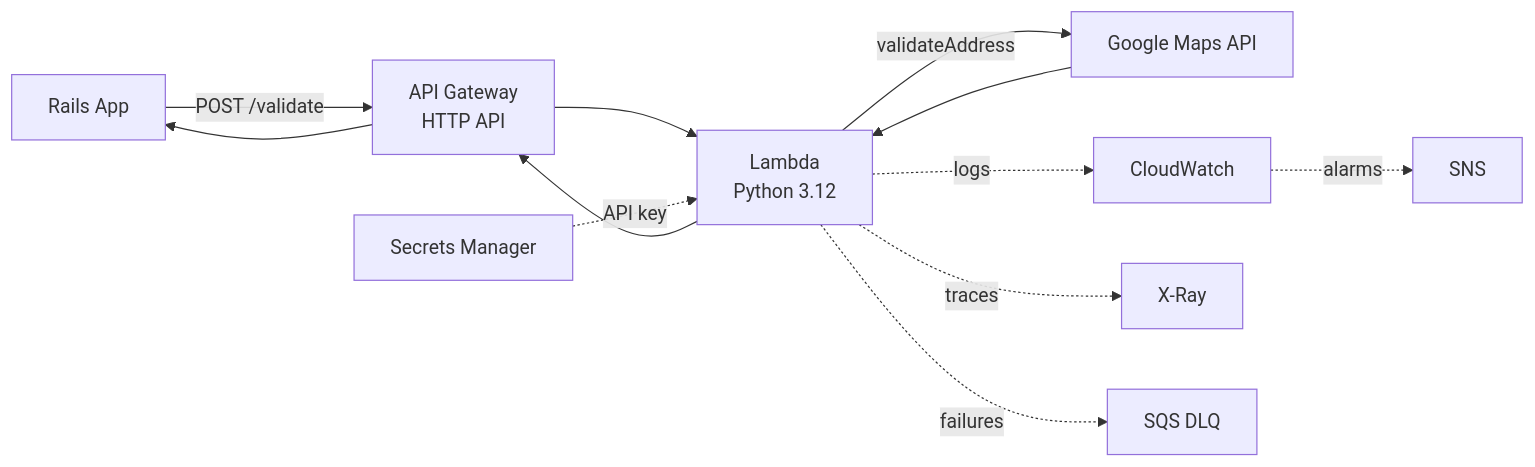
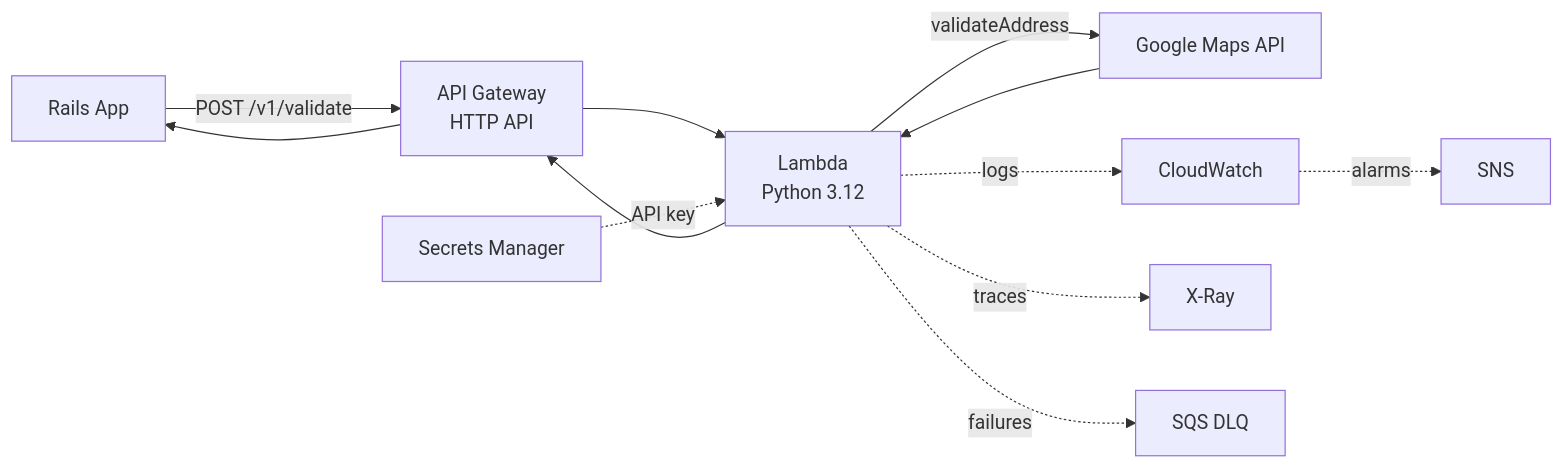
One commit to mcrundo/address-validator changed the diagram in README.md. Above: the diagram before and after it, drawn with Mermaid. The commit also changed other lines of this file and 10 other files, not shown here.

Commit message:
Expand response schema with validation metadata and add /v1/ API versioning

````diff
--- a/README.md
+++ b/README.md
@@ -7,15 +7,15 @@
 ```mermaid
 flowchart LR
-    A[Rails App] -->|POST /validate| B[API Gateway<br/>HTTP API]
+    A[Rails App] -->|POST /v1/validate| B[API Gateway<br/>HTTP API]
     B --> C[Lambda<br/>Python 3.12]
     C -->|validateAddress| D[Google Maps API]
     D --> C
     C --> B
     B --> A
 
     E[Secrets Manager] -.->|API key| C
     C -.->|logs| F[CloudWatch]
     C -.->|traces| G[X-Ray]
     C -.->|failures| H[SQS DLQ]
     F -.->|alarms| I[SNS]
 ```
````
